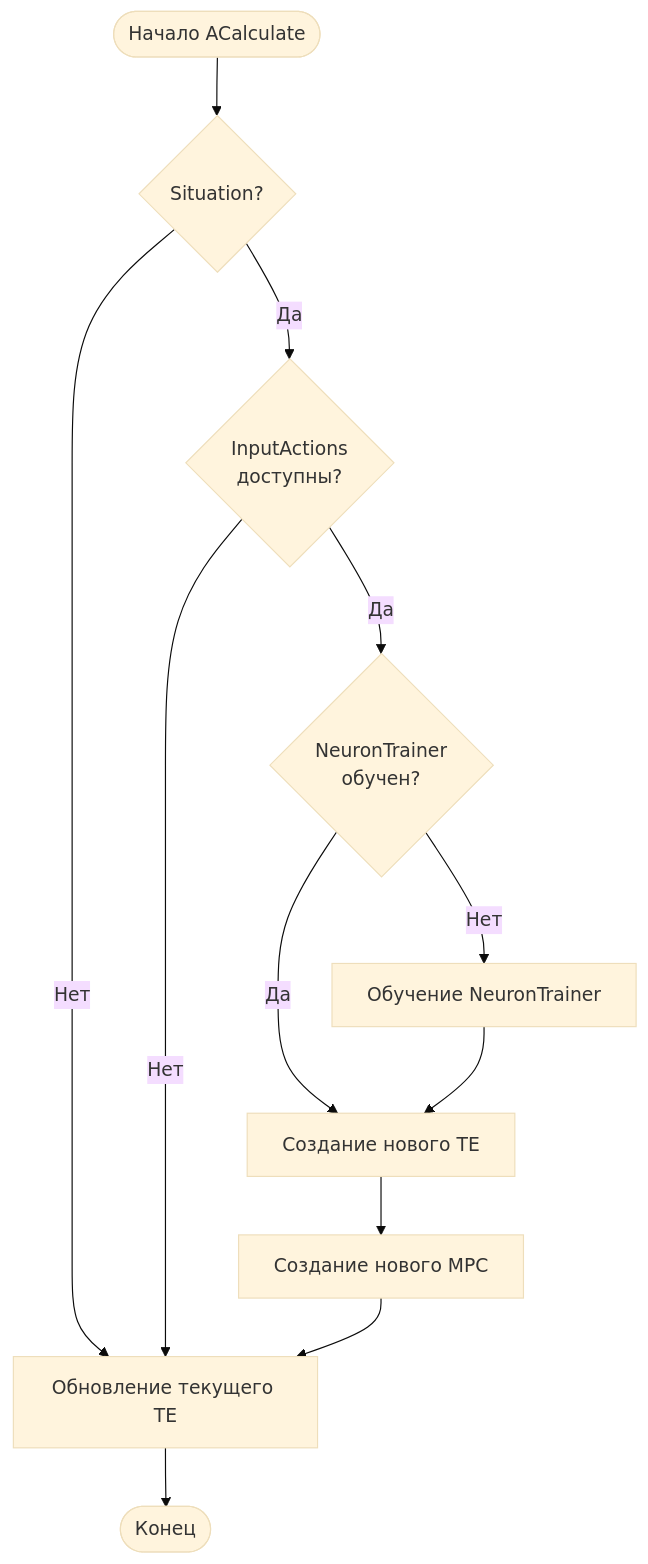
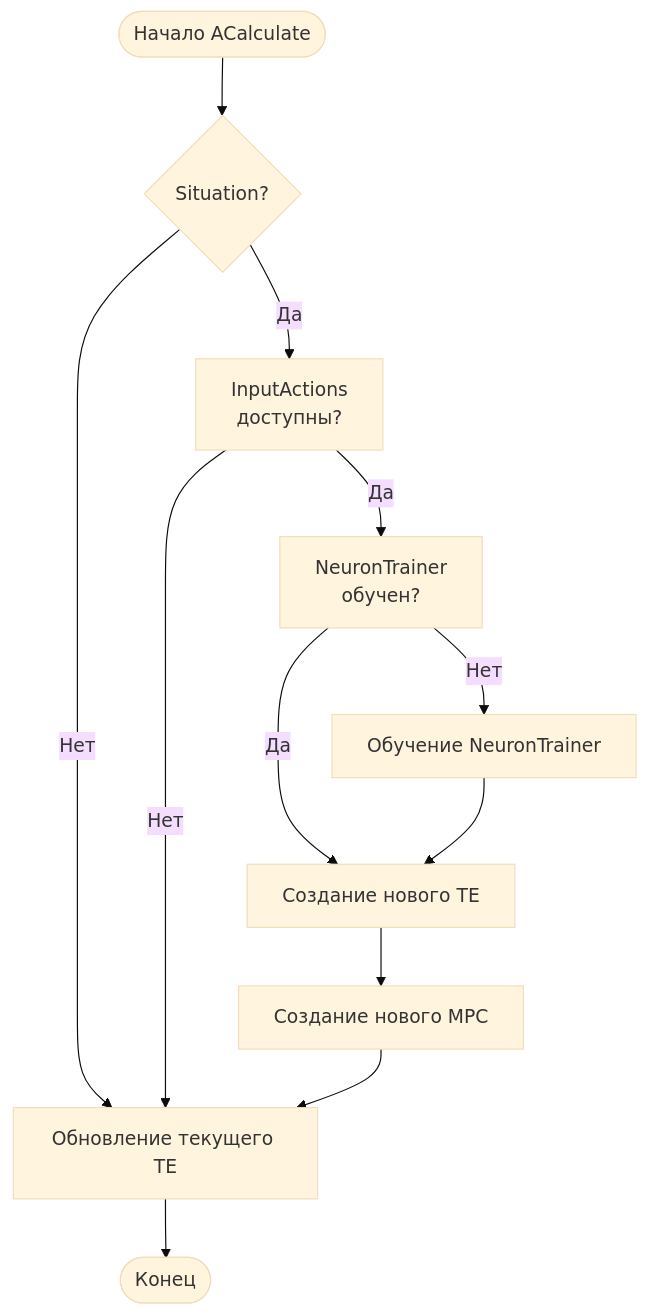
One commit to aicommunity/Nmsdk-MotionControlLib changed the fourth of 5 diagrams in Docs/Components/NMazeMemorySimplified.md. Above: the diagram before and after it, drawn with Mermaid (base theme). The commit also changed other lines of this file and 39 other files, not shown here.

First line of the commit message:
docs(motion): normalize mermaid node ids with quoted labels

````diff
--- a/Docs/Components/NMazeMemorySimplified.md
+++ b/Docs/Components/NMazeMemorySimplified.md
@@ -108,14 +108,14 @@
 ```mermaid
 flowchart TD
     Start([Начало ACalculate]) --> CheckSituation{Situation?}
-    CheckSituation -->|Да| CheckActions{InputActions<br/>доступны?}
+    CheckSituation -->|Да| CheckActions["InputActions<br/>доступны?"]
     CheckSituation -->|Нет| UpdateCurrent[Обновление текущего TE]
-    CheckActions -->|Да| CheckTraining{NeuronTrainer<br/>обучен?}
+    CheckActions -->|Да| CheckTraining["NeuronTrainer<br/>обучен?"]
     CheckActions -->|Нет| UpdateCurrent
     CheckTraining -->|Нет| TrainNT[Обучение NeuronTrainer]
     CheckTraining -->|Да| CreateTE[Создание нового TE]
     TrainNT --> CreateTE
     CreateTE --> CreateMPC[Создание нового MPC]
     CreateMPC --> UpdateCurrent
     UpdateCurrent --> End([Конец])
 ```
````
